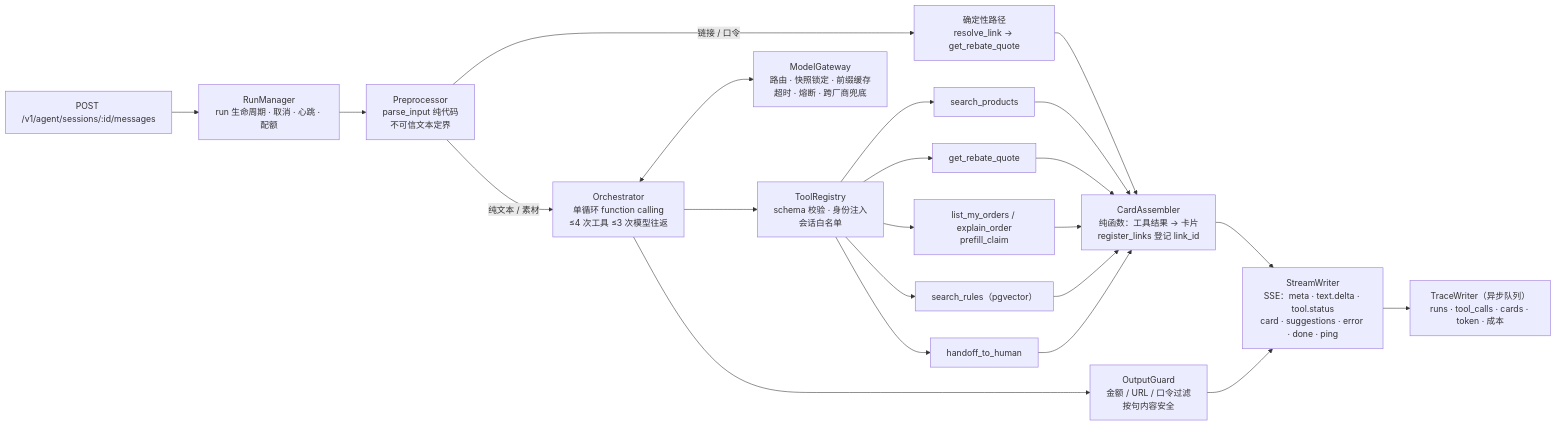
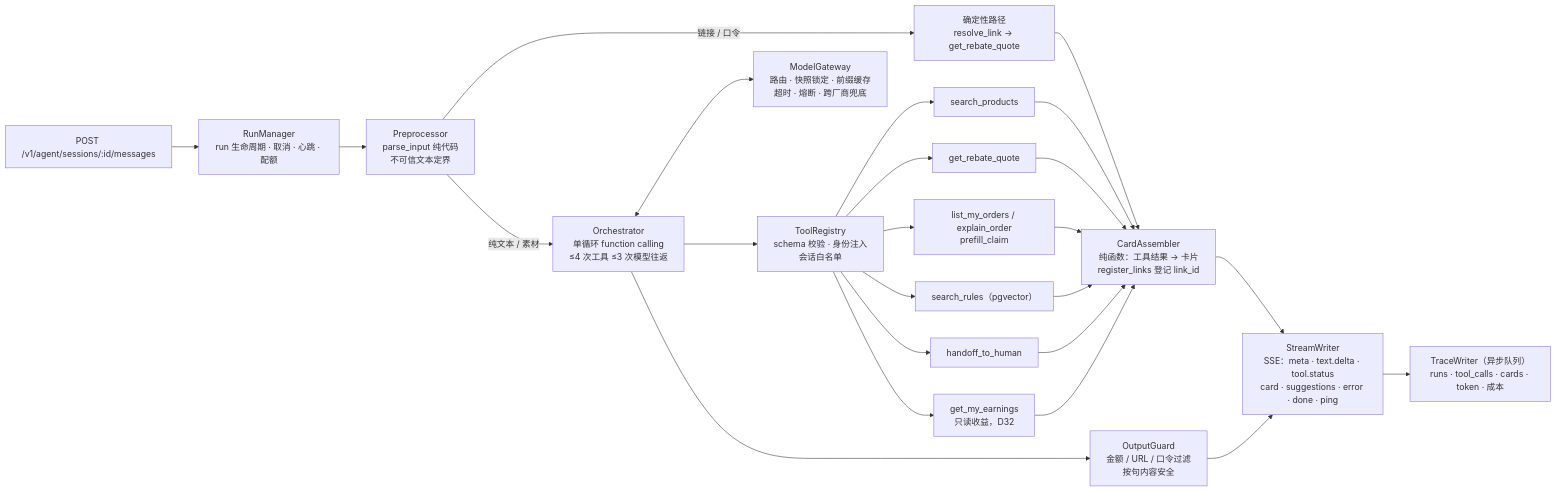
The fifth of 5 diagrams in 规划/02_系统架构.md (zora4523-bot/couli), drawn with Mermaid before and after one commit. The commit also changed other lines of this file and 15 other files, not shown here.

First line of the commit message:
docs: add Agent page guide card (D31) and read-only earnings tool (D32), owner decided 2026-10-05

````diff
--- a/规划/02_系统架构.md
+++ b/规划/02_系统架构.md
@@ -544,19 +548,20 @@
 ```mermaid
 flowchart LR
   REQ[POST /v1/agent/sessions/:id/messages] --> RM[RunManager<br/>run 生命周期 · 取消 · 心跳 · 配额]
   RM --> PRE[Preprocessor<br/>parse_input 纯代码<br/>不可信文本定界]
   PRE -->|链接 / 口令| DET[确定性路径<br/>resolve_link → get_rebate_quote]
   PRE -->|纯文本 / 素材| ORC[Orchestrator<br/>单循环 function calling<br/>≤4 次工具 ≤3 次模型往返]
   ORC <--> MG[ModelGateway<br/>路由 · 快照锁定 · 前缀缓存<br/>超时 · 熔断 · 跨厂商兜底]
   ORC --> TR[ToolRegistry<br/>schema 校验 · 身份注入<br/>会话白名单]
   TR --> T1[search_products]
   TR --> T2[get_rebate_quote]
   TR --> T3[list_my_orders / explain_order<br/>prefill_claim]
   TR --> T4[search_rules（pgvector）]
   TR --> T5[handoff_to_human]
+  TR --> T6[get_my_earnings<br/>只读收益，D32]
   DET --> CA
-  T1 & T2 & T3 & T4 & T5 --> CA[CardAssembler<br/>纯函数：工具结果 → 卡片<br/>register_links 登记 link_id]
+  T1 & T2 & T3 & T4 & T5 & T6 --> CA[CardAssembler<br/>纯函数：工具结果 → 卡片<br/>register_links 登记 link_id]
   ORC --> OG[OutputGuard<br/>金额 / URL / 口令过滤<br/>按句内容安全]
   CA & OG --> SW[StreamWriter<br/>SSE：meta · text.delta · tool.status<br/>card · suggestions · error · done · ping]
   SW --> TW[TraceWriter（异步队列）<br/>runs · tool_calls · cards · token · 成本]
 ```
````
